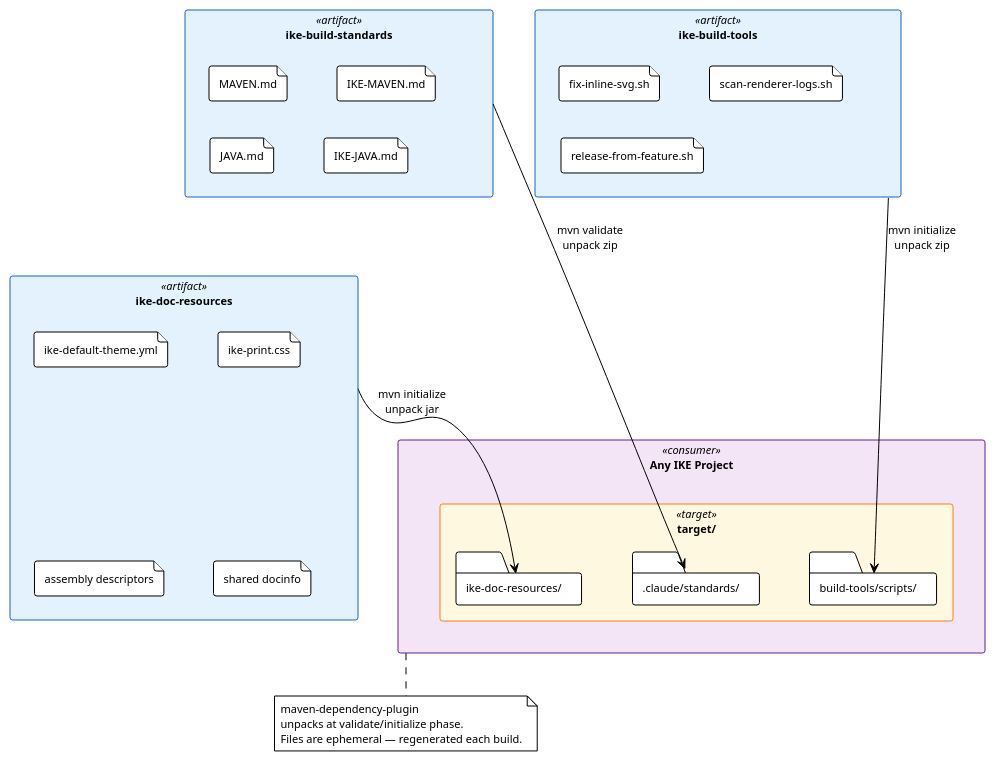
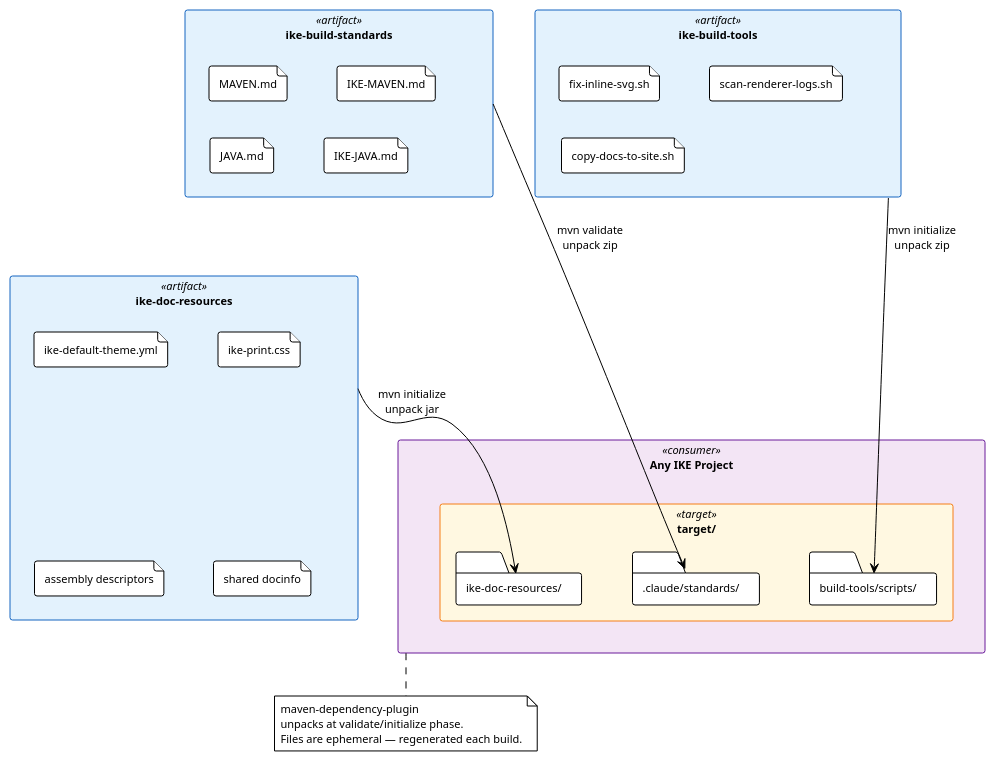
The third of 3 diagrams in src/site/asciidoc/index.adoc (IKE-Network/ike-pipeline), drawn with PlantUML before and after one commit. The commit also changed other lines of this file and 20 other files, not shown here.

```diff
--- a/src/site/asciidoc/index.adoc
+++ b/src/site/asciidoc/index.adoc
@@ -169,58 +169,58 @@
 [plantuml,artifact-distribution,svg]
 ----
 @startuml
 !theme plain
 skinparam packageStyle rectangle
 skinparam defaultFontSize 11
 skinparam nodesep 50
 skinparam ranksep 35
 
 skinparam rectangle {
     BackgroundColor<<artifact>> #E3F2FD
     BorderColor<<artifact>> #1565C0
     BackgroundColor<<target>> #FFF8E1
     BorderColor<<target>> #F57F17
     BackgroundColor<<consumer>> #F3E5F5
     BorderColor<<consumer>> #6A1B9A
 }
 
 rectangle "ike-build-standards" <<artifact>> as BS {
     file "MAVEN.md" as M1
     file "IKE-MAVEN.md" as M2
     file "JAVA.md" as M3
     file "IKE-JAVA.md" as M4
 }
 
 rectangle "ike-build-tools" <<artifact>> as BT {
     file "fix-inline-svg.sh" as S1
     file "scan-renderer-logs.sh" as S2
-    file "release-from-feature.sh" as S3
+    file "copy-docs-to-site.sh" as S3
 }
 
 rectangle "ike-doc-resources" <<artifact>> as DR {
     file "ike-default-theme.yml" as T1
     file "ike-print.css" as T2
     file "assembly descriptors" as T3
     file "shared docinfo" as T4
 }
 
 rectangle "Any IKE Project" <<consumer>> as PROJ {
     rectangle "target/" <<target>> as TGT {
         folder ".claude/standards/" as CS
         folder "build-tools/scripts/" as TS
         folder "ike-doc-resources/" as TD
     }
 }
 
 BS -down-> CS : "mvn validate\nunpack zip"
 BT -down-> TS : "mvn initialize\nunpack zip"
 DR -down-> TD : "mvn initialize\nunpack jar"
 
 note bottom of PROJ
   maven-dependency-plugin
   unpacks at validate/initialize phase.
   Files are ephemeral — regenerated each build.
 end note
 
 @enduml
 ----
```
